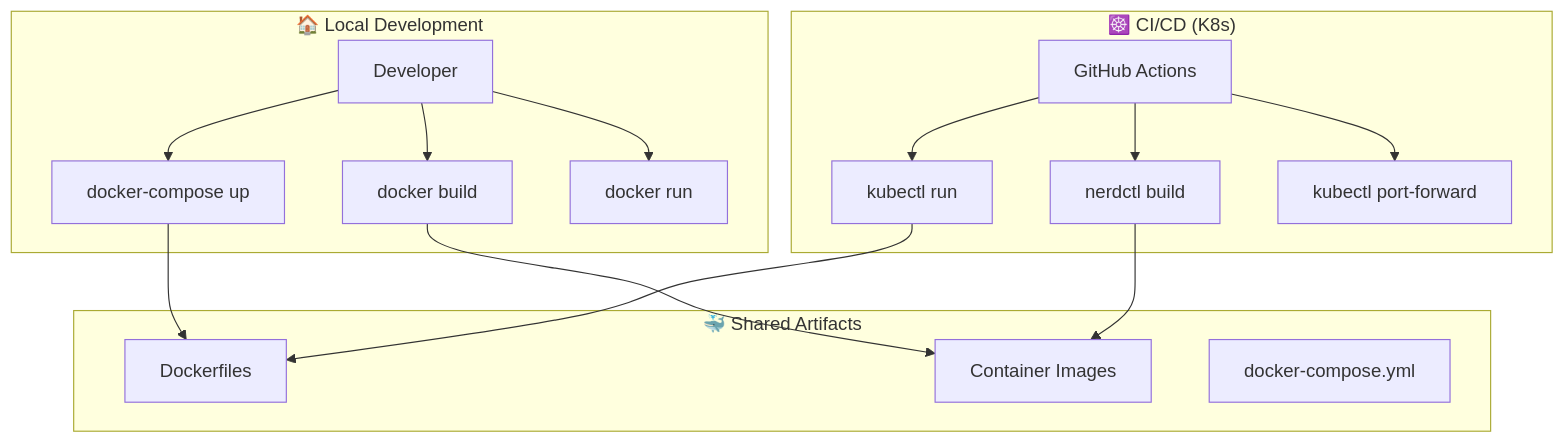
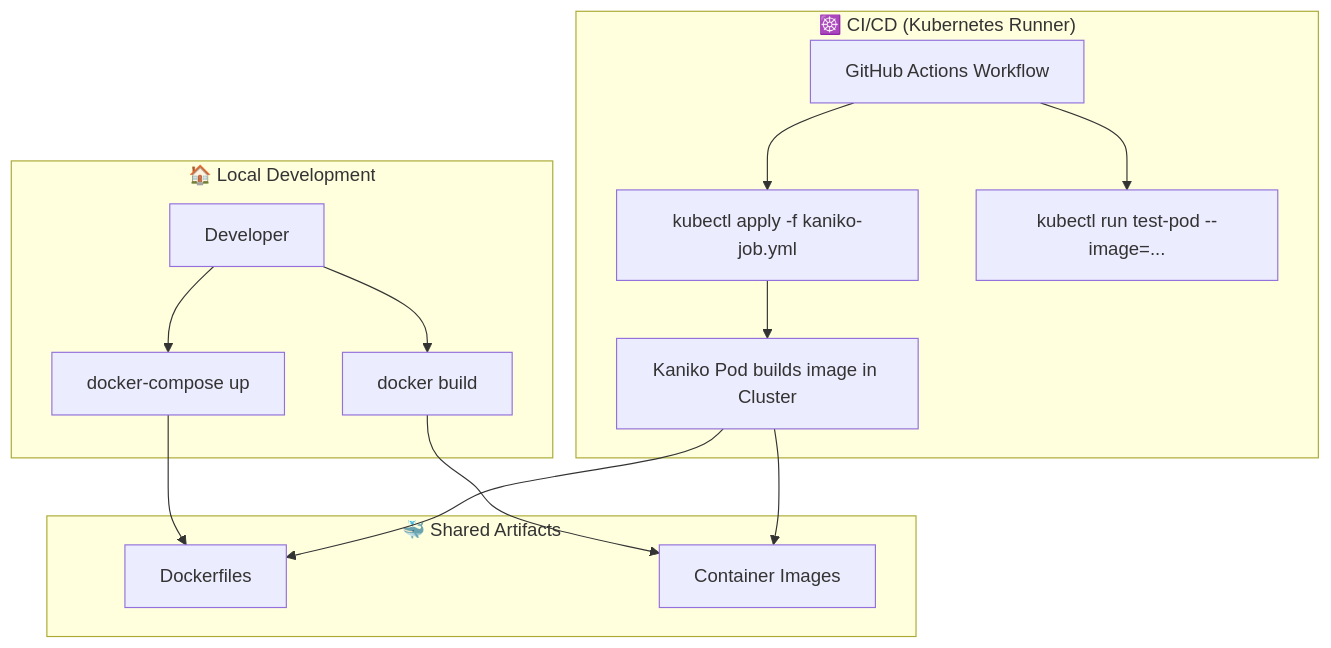
Before and after one commit to rafeekpro/speecher: the diagram in HYBRID_STRATEGY.md, drawn with Mermaid. The commit also changed other lines of this file and 13 other files, not shown here.

First line of the commit message:
fix: Implement Kubernetes-native CI/CD with comprehensive Kaniko integration

`````diff
--- a/HYBRID_STRATEGY.md
+++ b/HYBRID_STRATEGY.md
@@ -23,25 +22,23 @@
 ```mermaid
-graph TB
+graph TD
     subgraph "🏠 Local Development"
         A[Developer] --> B[docker-compose up]
         A --> C[docker build]
-        A --> D[docker run]
     end
     
-    subgraph "☸️ CI/CD (K8s)"
-        E[GitHub Actions] --> F[kubectl run]
-        E --> G[nerdctl build]
-        E --> H[kubectl port-forward]
+    subgraph "☸️ CI/CD (Kubernetes Runner)"
+        E[GitHub Actions Workflow] --> F[kubectl apply -f kaniko-job.yml]
+        F --> G[Kaniko Pod builds image in Cluster]
+        E --> H[kubectl run test-pod --image=...]
     end
     
     subgraph "🐳 Shared Artifacts"
         I[Dockerfiles]
         J[Container Images]
-        K[docker-compose.yml]
     end
     
     B --> I
     C --> J
-    F --> I
+    G --> I
     G --> J
-```
+````
`````
